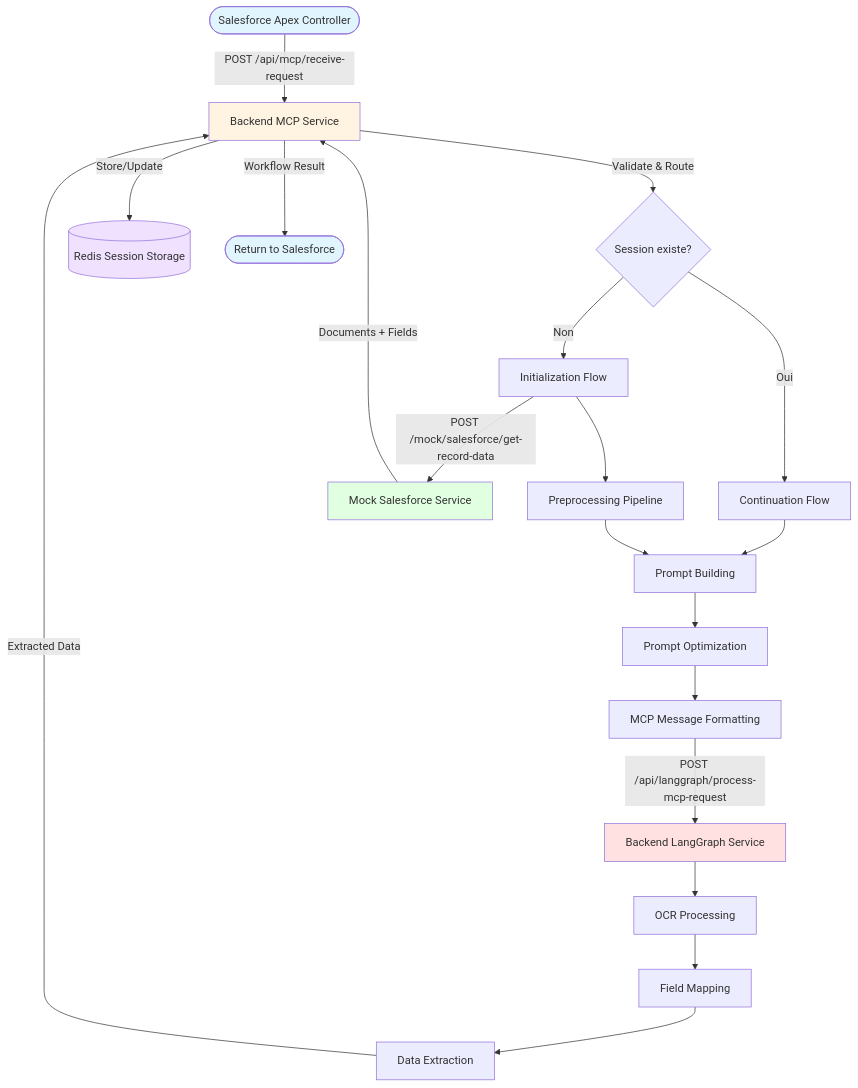
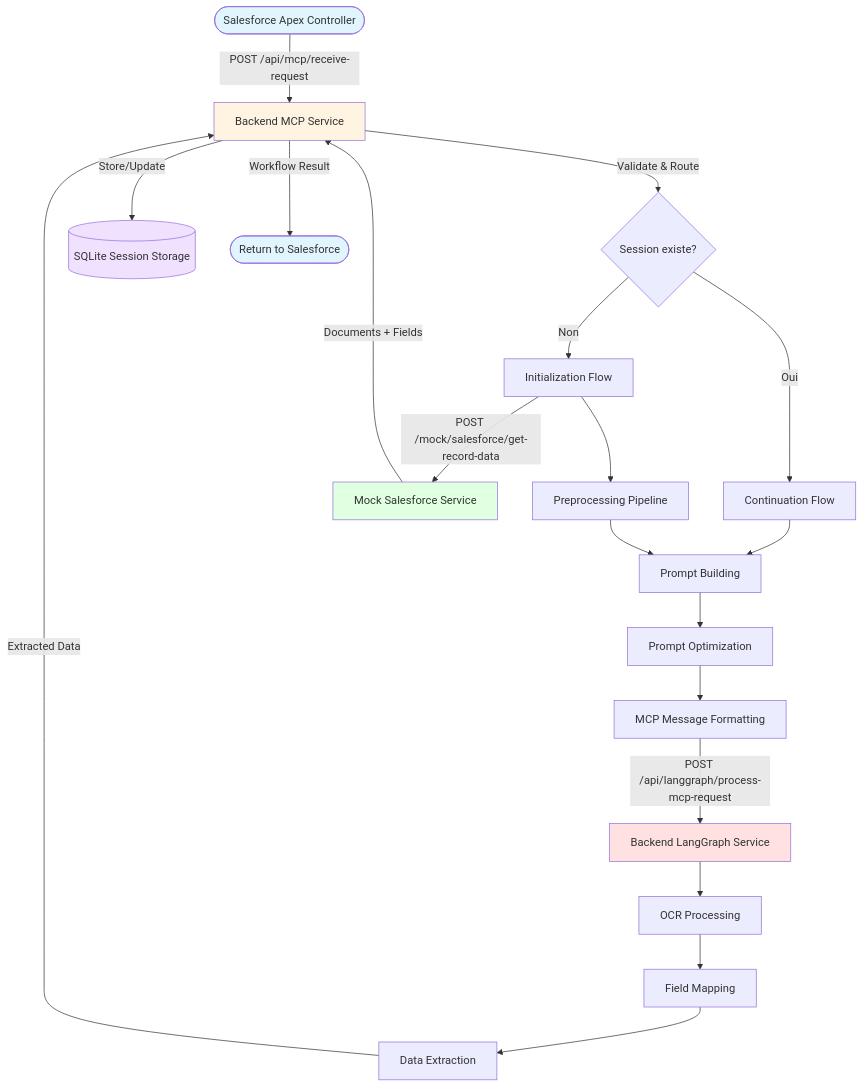
The first of 14 diagrams in docs/PIPELINE_FLOW.md (Yasser1AITLAZIZ/sfd-clm), drawn with Mermaid before and after one commit. The commit also changed other lines of this file and 40 other files, not shown here.

````diff
--- a/docs/PIPELINE_FLOW.md
+++ b/docs/PIPELINE_FLOW.md
@@ -9,34 +9,34 @@
 ```mermaid
 flowchart TB
     Start([Salesforce Apex Controller]) -->|POST /api/mcp/receive-request| MCP[Backend MCP Service]
     MCP -->|Validate & Route| Route{Session existe?}
     
     Route -->|Non| Init[Initialization Flow]
     Route -->|Oui| Cont[Continuation Flow]
     
     Init -->|POST /mock/salesforce/get-record-data| MSF[Mock Salesforce Service]
     MSF -->|Documents + Fields| MCP
     
     Init --> Preprocess[Preprocessing Pipeline]
     Cont --> PromptBuild[Prompt Building]
     
     Preprocess --> PromptBuild
     PromptBuild --> Optimize[Prompt Optimization]
     Optimize --> Format[MCP Message Formatting]
     Format -->|POST /api/langgraph/process-mcp-request| LG[Backend LangGraph Service]
     
     LG --> OCR[OCR Processing]
     OCR --> Mapping[Field Mapping]
     Mapping --> Extract[Data Extraction]
     Extract -->|Extracted Data| MCP
     
-    MCP -->|Store/Update| Redis[(Redis Session Storage)]
+    MCP -->|Store/Update| SQLITE[(SQLite Session Storage)]
     MCP -->|Workflow Result| End([Return to Salesforce])
     
     style Start fill:#e1f5ff
     style MCP fill:#fff4e1
     style MSF fill:#e1ffe1
     style LG fill:#ffe1e1
-    style Redis fill:#f0e1ff
+    style SQLITE fill:#f0e1ff
     style End fill:#e1f5ff
 ```
````
